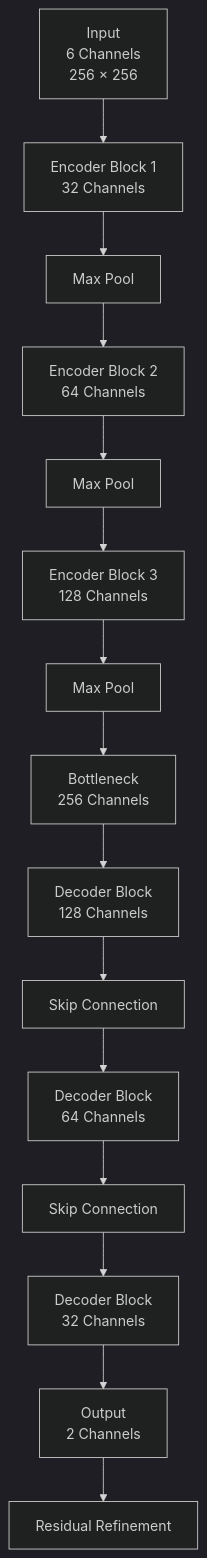
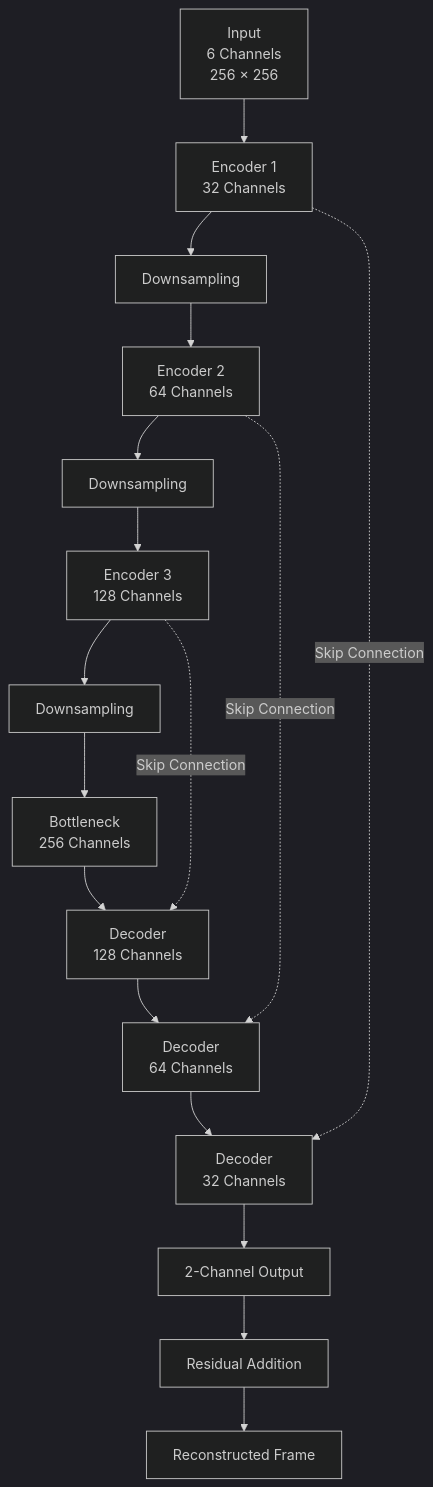
One commit to SrimathiSubbiah/Increasing_Temporal_Resolution_Of_Geostationary_Satellite changed the second of 10 diagrams in README.md. Above: the diagram before and after it, drawn with Mermaid (dark theme). The commit also changed other lines of this file, not shown here.

````diff
--- a/README.md
+++ b/README.md
@@ -141,28 +227,31 @@
 ```mermaid
 flowchart TD
 
-A[Input<br/>6 Channels<br/>256 × 256]
+    A["Input<br>6 Channels<br>256 × 256"]
 
-A --> B[Encoder Block 1<br/>32 Channels]
-B --> C[Max Pool]
+    A --> B["Encoder 1<br>32 Channels"]
+    B --> C["Downsampling"]
 
-C --> D[Encoder Block 2<br/>64 Channels]
-D --> E[Max Pool]
+    C --> D["Encoder 2<br>64 Channels"]
+    D --> E["Downsampling"]
 
-E --> F[Encoder Block 3<br/>128 Channels]
-F --> G[Max Pool]
+    E --> F["Encoder 3<br>128 Channels"]
+    F --> G["Downsampling"]
 
-G --> H[Bottleneck<br/>256 Channels]
+    G --> H["Bottleneck<br>256 Channels"]
 
-H --> I[Decoder Block<br/>128 Channels]
-I --> J[Skip Connection]
+    H --> I["Decoder<br>128 Channels"]
+    F -. "Skip Connection" .-> I
 
-J --> K[Decoder Block<br/>64 Channels]
-K --> L[Skip Connection]
+    I --> J["Decoder<br>64 Channels"]
+    D -. "Skip Connection" .-> J
 
-L --> M[Decoder Block<br/>32 Channels]
+    J --> K["Decoder<br>32 Channels"]
+    B -. "Skip Connection" .-> K
 
-M --> N[Output<br/>2 Channels]
+    K --> L["2-Channel Output"]
 
-N --> O[Residual Refinement]
+    L --> M["Residual Addition"]
+
+    M --> N["Reconstructed Frame"]
 ```
````
